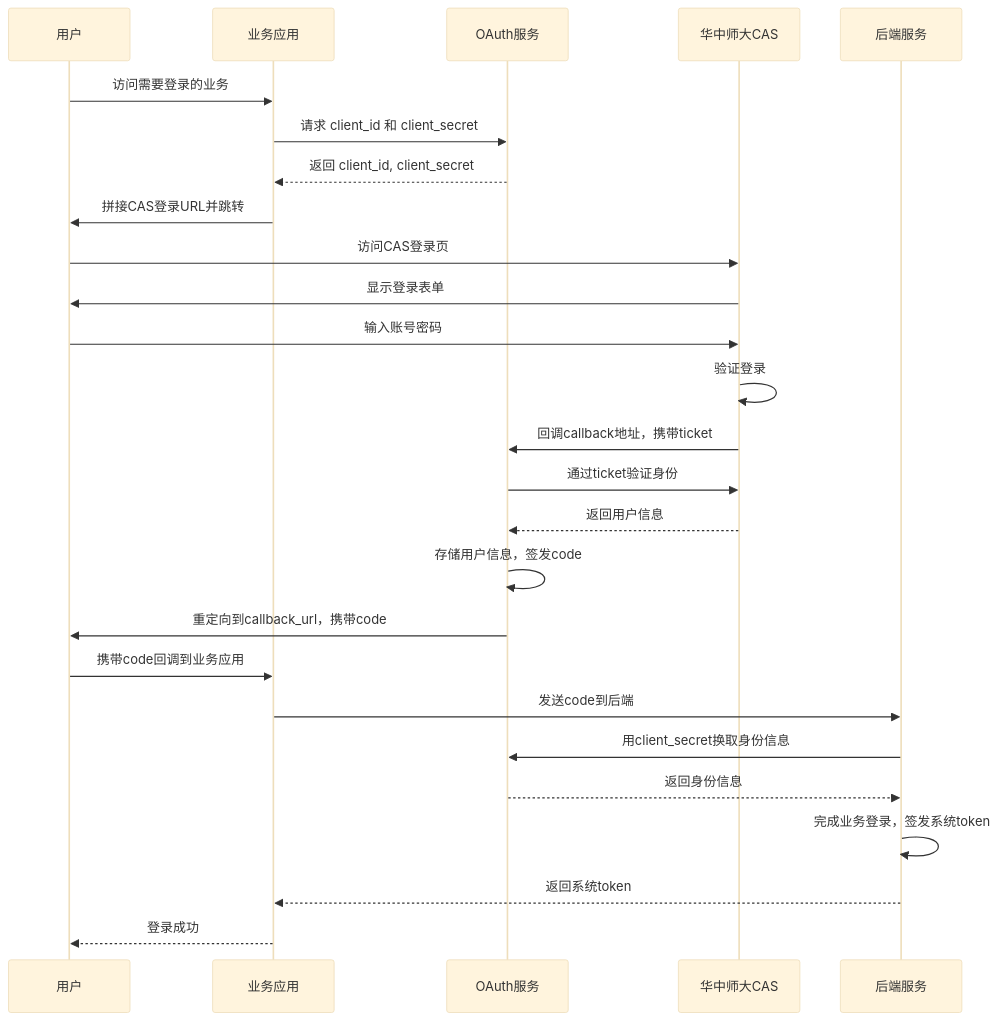
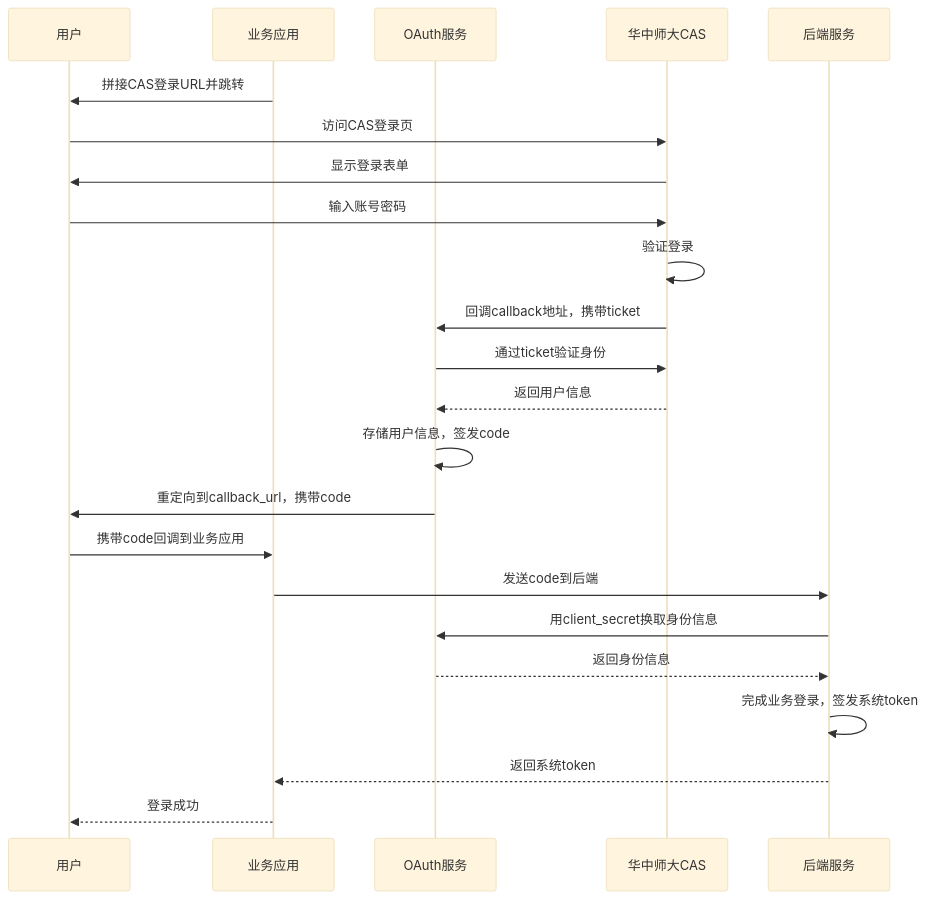
Before and after one commit to Muxi-X/muxi_auth_service_v2: the diagram in docs/cas-oauth-debug.md, drawn with Mermaid (base theme). The commit also changed other lines of this file, not shown here.

Commit message:
fix:修正流程图的错误

````diff
--- a/docs/cas-oauth-debug.md
+++ b/docs/cas-oauth-debug.md
@@ -25,32 +25,29 @@
 ```mermaid
 sequenceDiagram
     participant User as 用户
     participant App as 业务应用
     participant OAuth as OAuth服务
     participant CAS as 华中师大CAS
     participant Backend as 后端服务
 
-    User->>App: 访问需要登录的业务
-    App->>OAuth: 请求 client_id 和 client_secret
-    OAuth-->>App: 返回 client_id, client_secret
     App->>User: 拼接CAS登录URL并跳转
-
+    
     User->>CAS: 访问CAS登录页
     CAS->>User: 显示登录表单
     User->>CAS: 输入账号密码
     CAS->>CAS: 验证登录
-
+    
     CAS->>OAuth: 回调callback地址，携带ticket
     OAuth->>CAS: 通过ticket验证身份
     CAS-->>OAuth: 返回用户信息
     OAuth->>OAuth: 存储用户信息，签发code
     OAuth->>User: 重定向到callback_url，携带code
-
+    
     User->>App: 携带code回调到业务应用
     App->>Backend: 发送code到后端
     Backend->>OAuth: 用client_secret换取身份信息
     OAuth-->>Backend: 返回身份信息
     Backend->>Backend: 完成业务登录，签发系统token
     Backend-->>App: 返回系统token
     App-->>User: 登录成功
 ```
````
